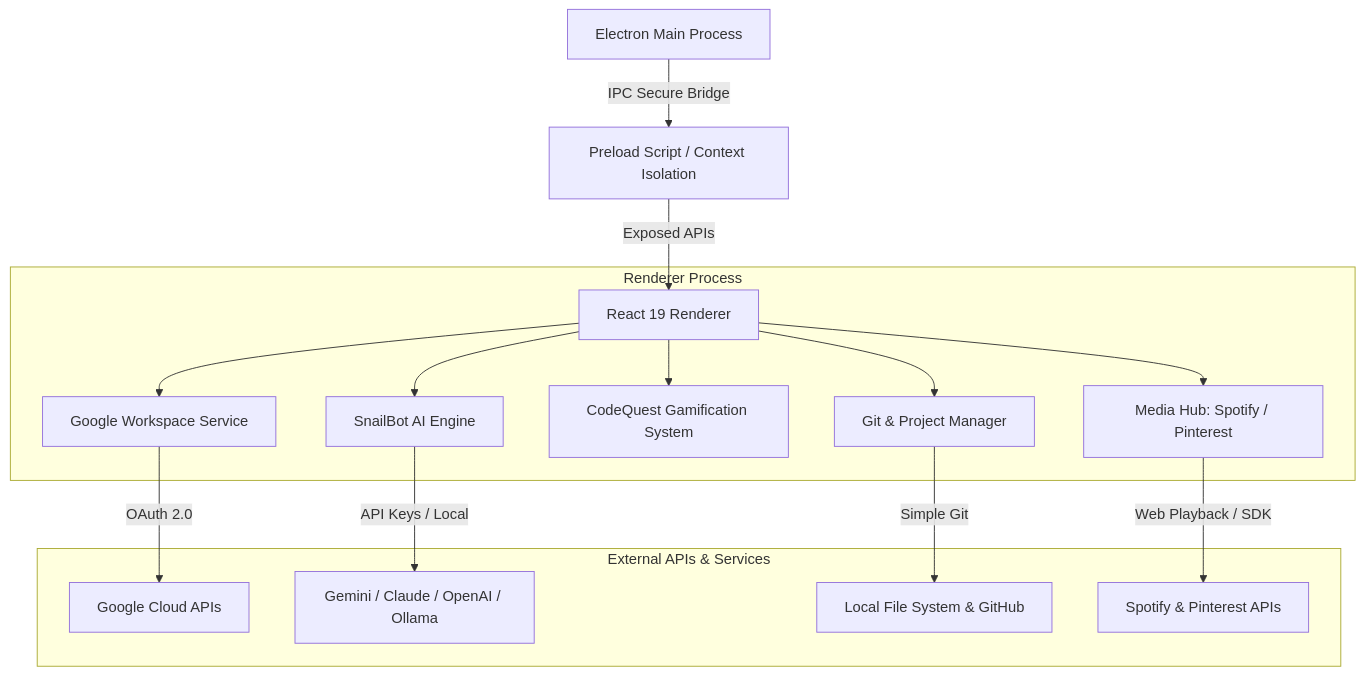
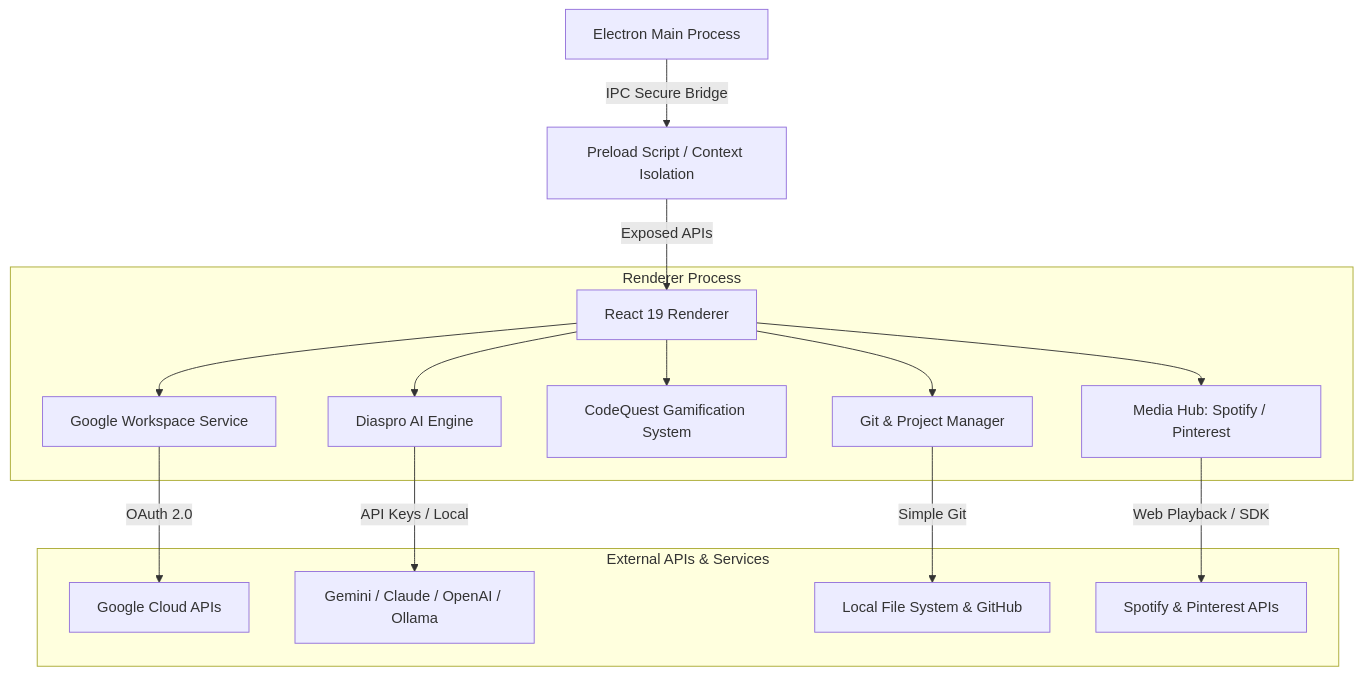
One commit to maryvellous/diaspro-viboard changed the diagram in README.md. Above: the diagram before and after it, drawn with Mermaid. The commit also changed other lines of this file and 29 other files, not shown here.

Commit message:
refactor: rebrand application to Diaspro Viboard and implement core AI engine with tool orchestration for Google, GitHub, and Spotify integrations.

````diff
--- a/README.md
+++ b/README.md
@@ -55,20 +55,20 @@
 ```mermaid
 graph TD
     A[Electron Main Process] -->|IPC Secure Bridge| B[Preload Script / Context Isolation]
     B -->|Exposed APIs| C[React 19 Renderer]
     
     subgraph Renderer Process
         C --> D[Google Workspace Service]
-        C --> E[SnailBot AI Engine]
+        C --> E[Diaspro AI Engine]
         C --> F[CodeQuest Gamification System]
         C --> G[Git & Project Manager]
         C --> H[Media Hub: Spotify / Pinterest]
     end
     
     subgraph External APIs & Services
         D -->|OAuth 2.0| Google[Google Cloud APIs]
         E -->|API Keys / Local| AI[Gemini / Claude / OpenAI / Ollama]
         G -->|Simple Git| LocalGit[Local File System & GitHub]
         H -->|Web Playback / SDK| Spotify[Spotify & Pinterest APIs]
     end
 ```
````
